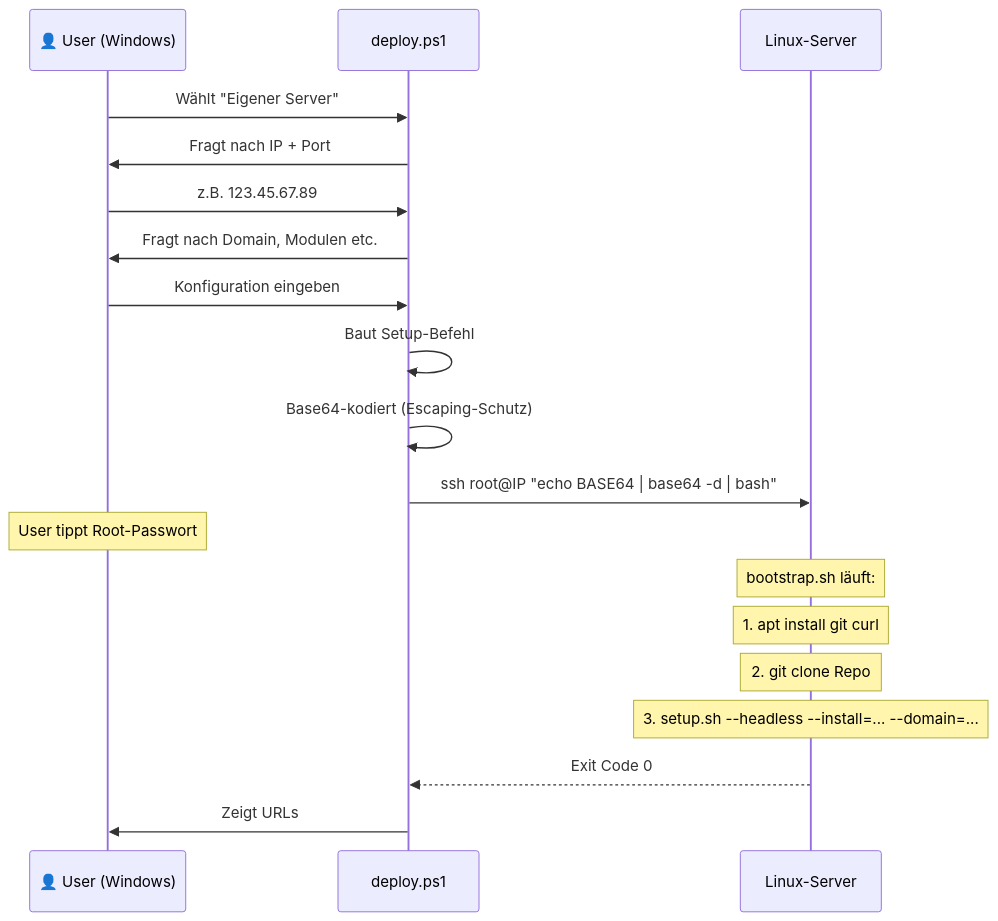
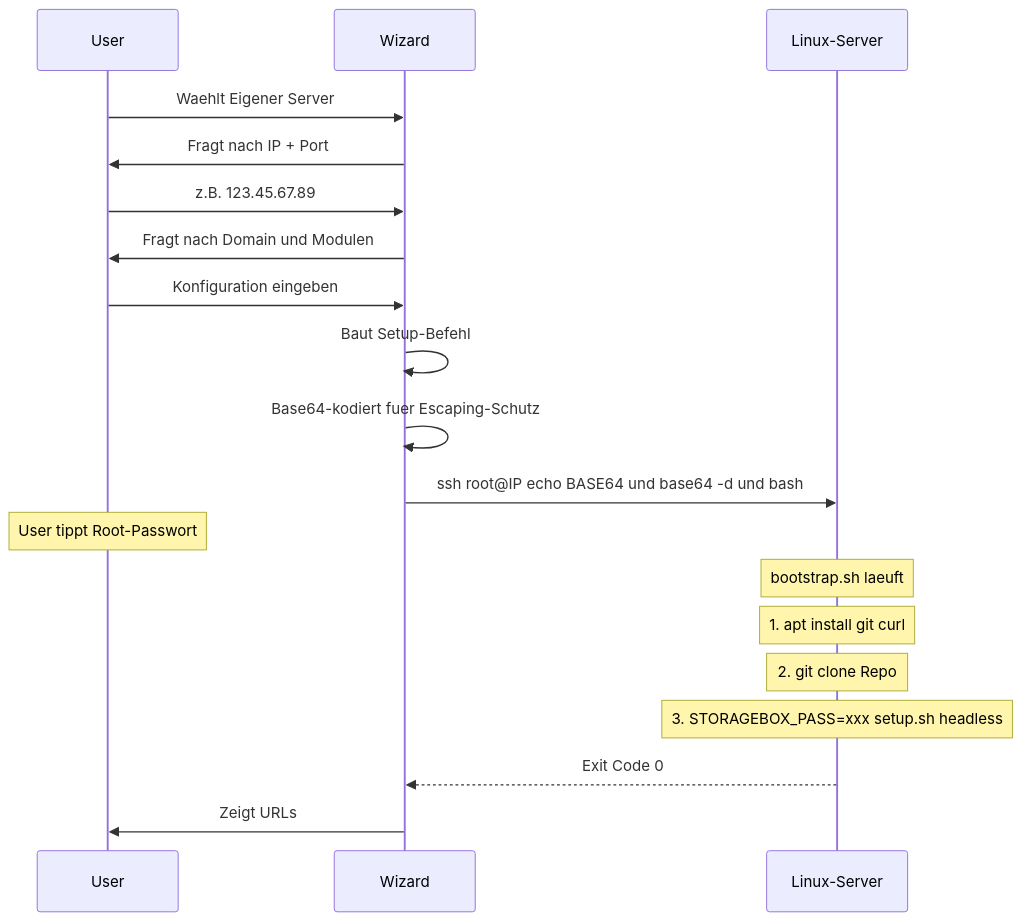
The third of 6 diagrams in docs/architektur-uebersicht.md (DPSG-Eschborn/infrastructure-configs), drawn with Mermaid before and after one commit. The commit also changed other lines of this file, not shown here.

Commit message:
docs: updated architecture docs

````diff
--- a/docs/architektur-uebersicht.md
+++ b/docs/architektur-uebersicht.md
@@ -110,27 +122,27 @@
 ```mermaid
 sequenceDiagram
-    participant U as 👤 User (Windows)
-    participant PS as deploy.ps1
+    participant U as User
+    participant W as Wizard
     participant SRV as Linux-Server
-    
-    U->>PS: Wählt "Eigener Server"
-    PS->>U: Fragt nach IP + Port
-    U->>PS: z.B. 123.45.67.89
-    
-    PS->>U: Fragt nach Domain, Modulen etc.
-    U->>PS: Konfiguration eingeben
-    
-    PS->>PS: Baut Setup-Befehl
-    PS->>PS: Base64-kodiert (Escaping-Schutz)
-    
-    PS->>SRV: ssh root@IP "echo BASE64 | base64 -d | bash"
+
+    U->>W: Waehlt Eigener Server
+    W->>U: Fragt nach IP + Port
+    U->>W: z.B. 123.45.67.89
+
+    W->>U: Fragt nach Domain und Modulen
+    U->>W: Konfiguration eingeben
+
+    W->>W: Baut Setup-Befehl
+    W->>W: Base64-kodiert fuer Escaping-Schutz
+
+    W->>SRV: ssh root@IP echo BASE64 und base64 -d und bash
     Note over U: User tippt Root-Passwort
-    
-    Note over SRV: bootstrap.sh läuft:
+
+    Note over SRV: bootstrap.sh laeuft
     Note over SRV: 1. apt install git curl
     Note over SRV: 2. git clone Repo
-    Note over SRV: 3. setup.sh --headless --install=... --domain=...
-    
-    SRV-->>PS: Exit Code 0
-    PS->>U: Zeigt URLs
+    Note over SRV: 3. STORAGEBOX_PASS=xxx setup.sh headless
+
+    SRV-->>W: Exit Code 0
+    W->>U: Zeigt URLs
 ```
````
